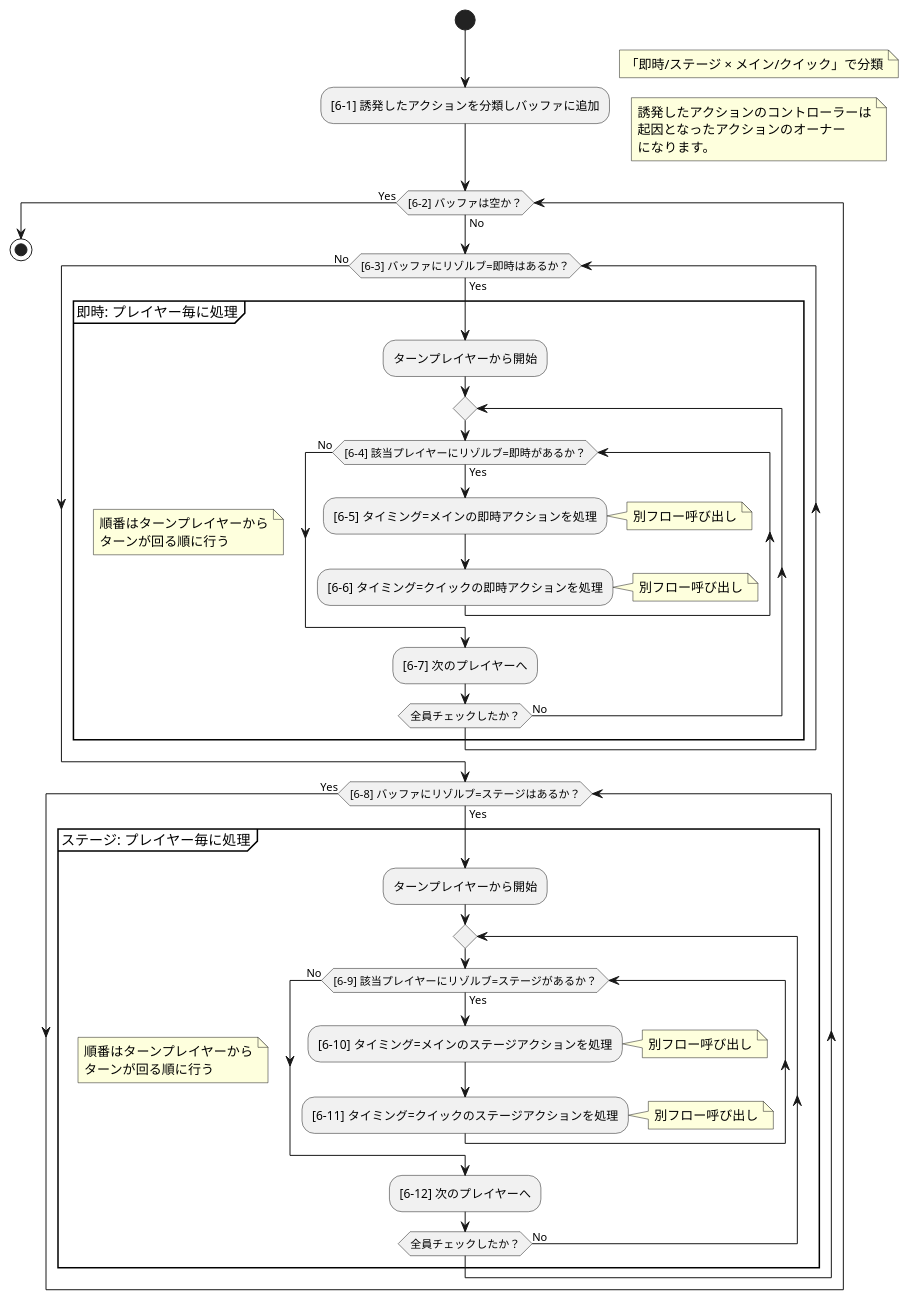
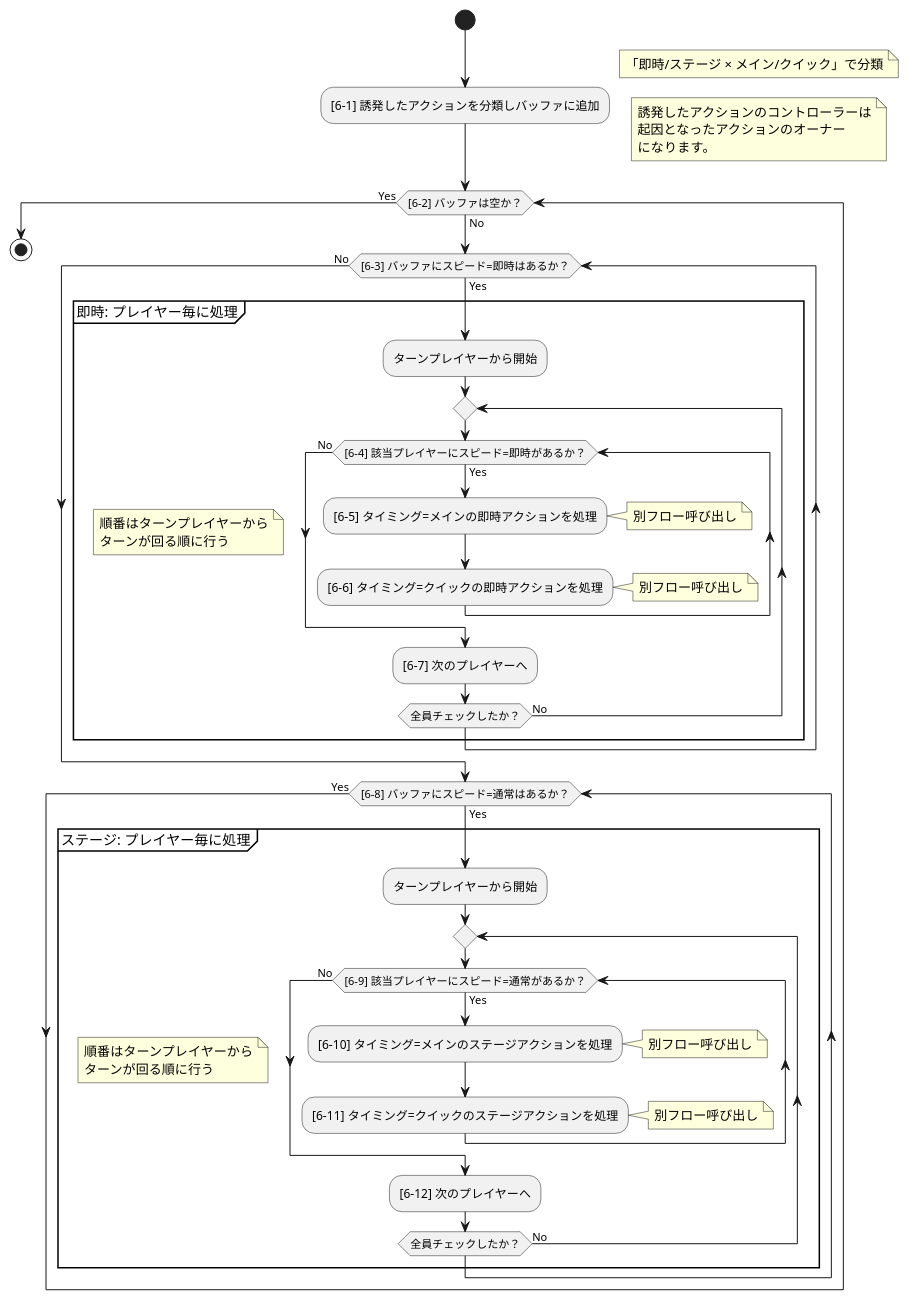
The diagram in source/core/triggerflow.puml (BlackPoker/BlackPoker), drawn with PlantUML before and after one commit. The commit also changed 11 other files, not shown here.

```diff
--- a/source/core/triggerflow.puml
+++ b/source/core/triggerflow.puml
@@ -1,80 +1,80 @@
 @startuml
 '==============================
 '【Main method】（アクション分類・プレイヤー毎処理）
 '==============================
 |Main method|
 start
 :[6-1] 誘発したアクションを分類しバッファに追加;
 note right
     「即時/ステージ × メイン/クイック」で分類
 end note
 note right
     誘発したアクションのコントローラーは
     起因となったアクションのオーナー
     になります。
 end note
 
 while ([6-2] バッファは空か？) is (No) 
   ' 外部ループ：バッファに何らかのアクションが残っている限り処理する
 
   '-------------------------------------------
   '【即時：プレイヤー毎に処理】
   '-------------------------------------------
-  while ([6-3] バッファにリゾルブ=即時はあるか？) is (Yes)
+  while ([6-3] バッファにスピード=即時はあるか？) is (Yes)
 
     group 即時: プレイヤー毎に処理
     note
         順番はターンプレイヤーから
         ターンが回る順に行う
     end note
 
       :ターンプレイヤーから開始;
 
       repeat
-        while ([6-4] 該当プレイヤーにリゾルブ=即時があるか？) is (Yes)
+        while ([6-4] 該当プレイヤーにスピード=即時があるか？) is (Yes)
           :[6-5] タイミング=メインの即時アクションを処理;
           note right
             別フロー呼び出し
           end note
           :[6-6] タイミング=クイックの即時アクションを処理;
           note right
             別フロー呼び出し
           end note
         endwhile (No)
         :[6-7] 次のプレイヤーへ;
       repeat while (全員チェックしたか？) is (No)
     end group
   endwhile (No)
 
   '-------------------------------------------
   '【ステージ：プレイヤー毎に処理】
   '-------------------------------------------
-  while ([6-8] バッファにリゾルブ=ステージはあるか？) is (Yes)
+  while ([6-8] バッファにスピード=通常はあるか？) is (Yes)
 
     group ステージ: プレイヤー毎に処理
     note
         順番はターンプレイヤーから
         ターンが回る順に行う
     end note
 
       :ターンプレイヤーから開始;
 
       repeat
-        while ([6-9] 該当プレイヤーにリゾルブ=ステージがあるか？) is (Yes)
+        while ([6-9] 該当プレイヤーにスピード=通常があるか？) is (Yes)
           :[6-10] タイミング=メインのステージアクションを処理;
           note right
             別フロー呼び出し
           end note
           :[6-11] タイミング=クイックのステージアクションを処理;
           note right
             別フロー呼び出し
           end note
         endwhile (No)
         :[6-12] 次のプレイヤーへ;
       repeat while (全員チェックしたか？) is (No)
     end group
   endwhile (Yes)
 
 endwhile (Yes)
 stop
 @enduml
```
